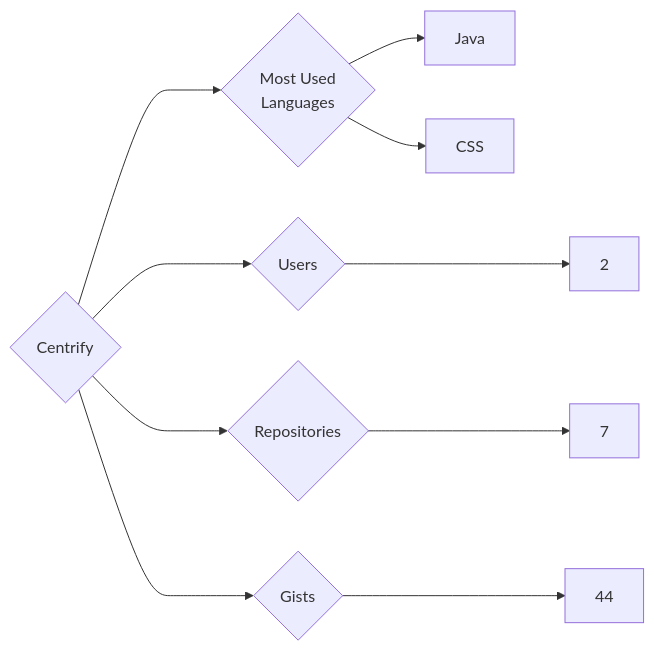
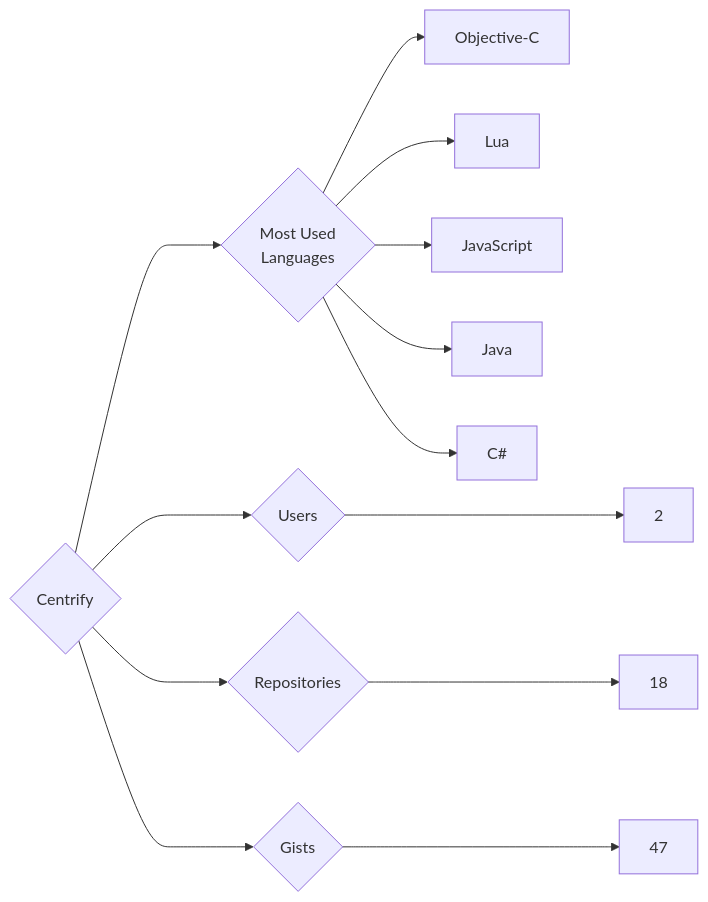
The diagram in targets/Centrify/README.md (trickest/insiders), drawn with Mermaid before and after one commit. The commit also changed 553 other files, not shown here.

````diff
--- a/targets/Centrify/README.md
+++ b/targets/Centrify/README.md
@@ -3,10 +3,13 @@
 ```mermaid
 graph LR
 COMPANY_NAME{Centrify}
 COMPANY_NAME ---> U{Users} ---> UN[2]
-COMPANY_NAME ---> R{Repositories} ---> RN[7]
-COMPANY_NAME ---> G{Gists} ---> GN[44]
+COMPANY_NAME ---> R{Repositories} ---> RN[18]
+COMPANY_NAME ---> G{Gists} ---> GN[47]
 COMPANY_NAME ---> ML{Most Used<br>Languages}
+ML --> Objective-C[Objective-C]
+ML --> Lua[Lua]
+ML --> JavaScript[JavaScript]
 ML --> Java[Java]
-ML --> CSS[CSS]
+ML --> C#[C#]
 ```
````
